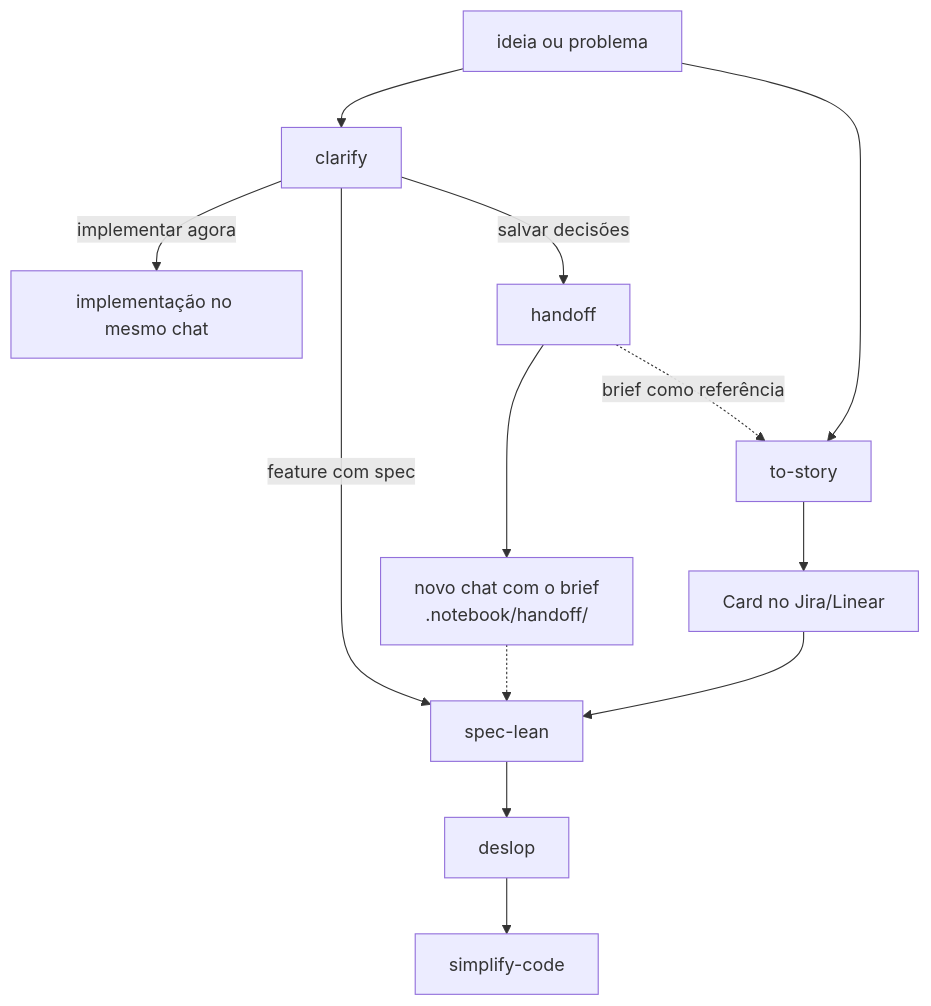
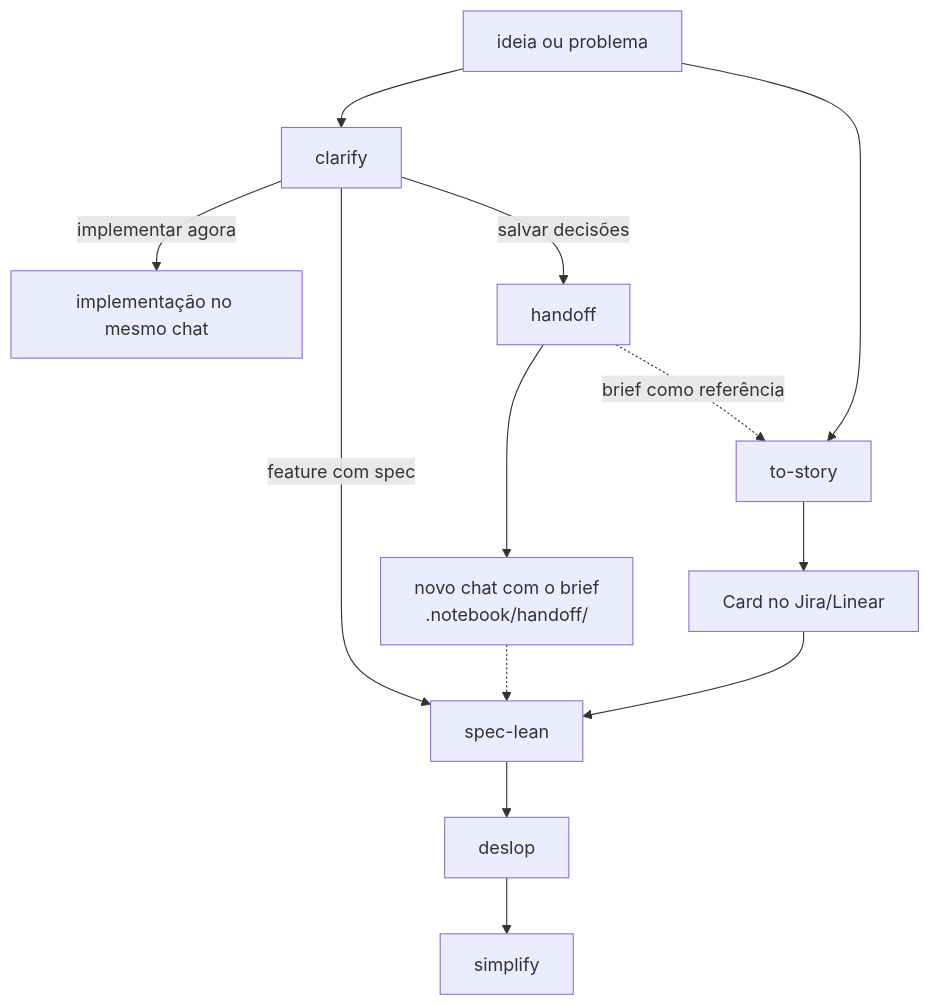
One commit to leaofelipe/ia-stuff changed the diagram in README.md. Above: the diagram before and after it, drawn with Mermaid. The commit also changed other lines of this file and 1 other file, not shown here.

Commit message:
Rename simplify-code to simplify so the skill matches the Cursor command it adapts.

````diff
--- a/README.md
+++ b/README.md
@@ -44,15 +44,15 @@
 ```mermaid
 flowchart TD
     ideia[ideia ou problema] --> clarify
     ideia --> story[to-story]
     clarify -->|implementar agora| impl[implementação no mesmo chat]
     clarify -->|feature com spec| spec[spec-lean]
     clarify -->|salvar decisões| handoff
     handoff --> novo["novo chat com o brief<br/>.notebook/handoff/"]
     novo -.-> spec
     handoff -.->|brief como referência| story
     story --> jira["Card no Jira/Linear"]
     jira --> spec
     spec --> slop[deslop]
-    slop --> simplify[simplify-code]
+    slop --> simplify
 ```
````
